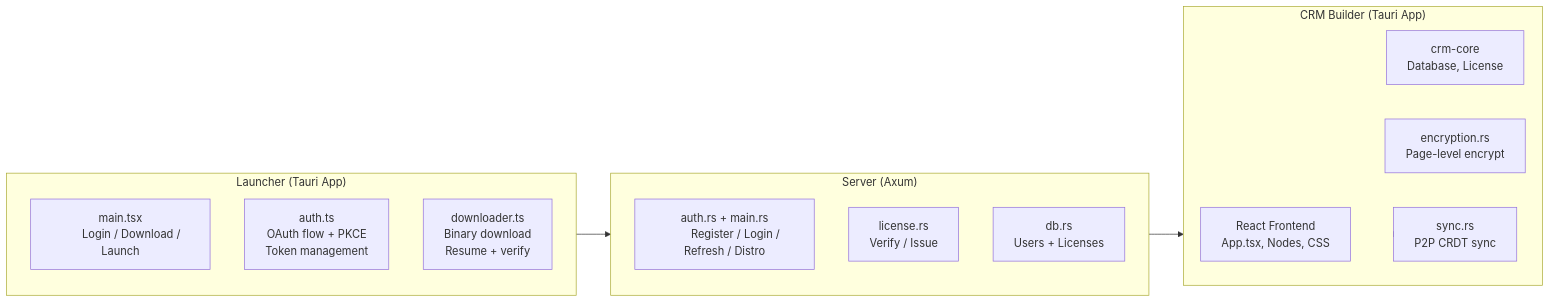
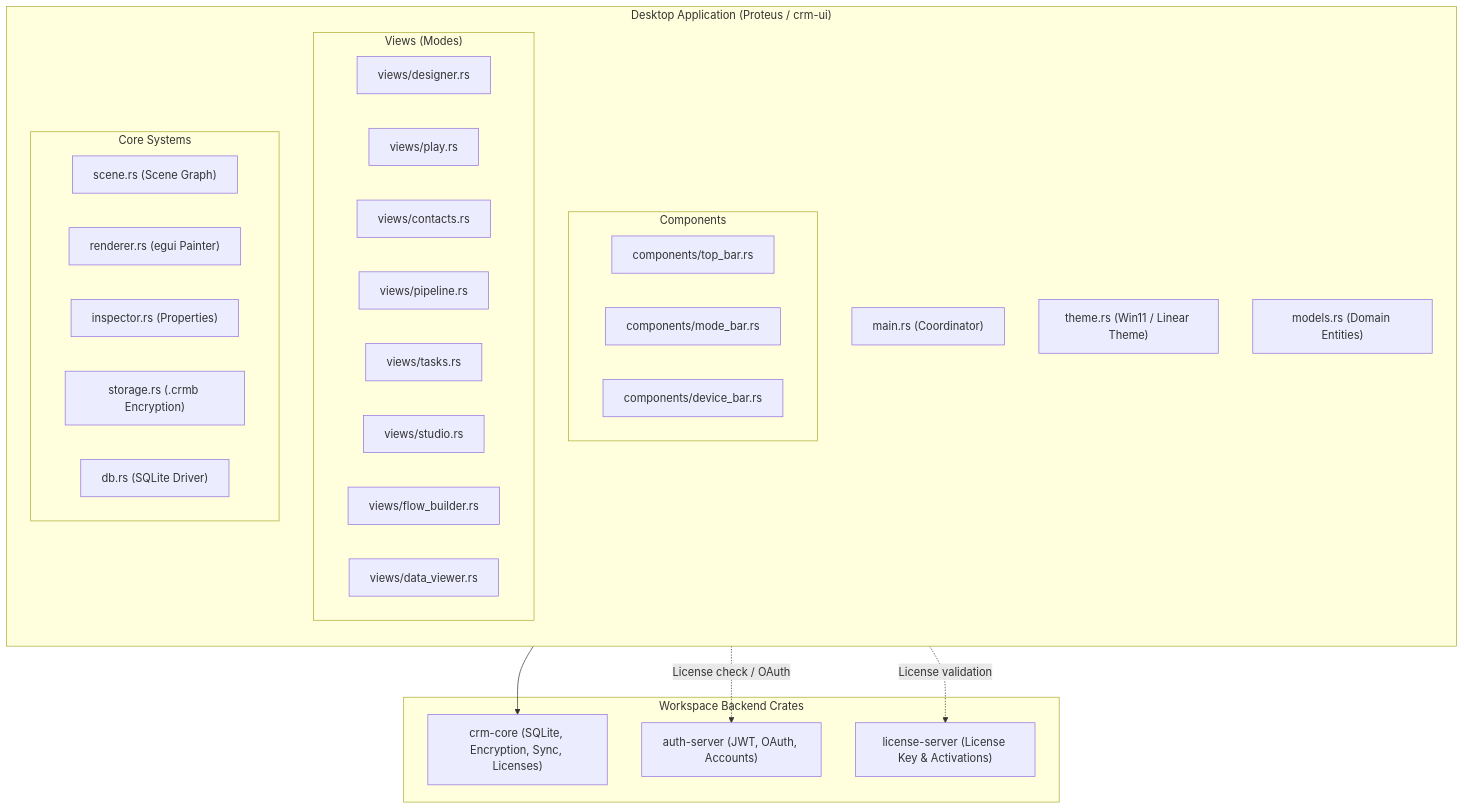
The first of 2 diagrams in vault/Developer/02 - Architecture.md (Siaftoulis/Proteus), drawn with Mermaid before and after one commit. The commit also changed other lines of this file and 41 other files, not shown here.

Commit message:
feat: modularize scene architecture, implement screen linking, cursor zoom and UI refinements

````diff
--- a/vault/Developer/02 - Architecture.md
+++ b/vault/Developer/02 - Architecture.md
@@ -195,37 +17,44 @@
 ```mermaid
-flowchart LR
-    subgraph Launcher["Launcher (Tauri App)"]
-        LMain["main.tsx
-        Login / Download / Launch"]
-        LAuth["auth.ts
-        OAuth flow + PKCE
-        Token management"]
-        LDownload["downloader.ts
-        Binary download
-        Resume + verify"]
+flowchart TB
+    subgraph DesktopApp["Desktop Application (Proteus / crm-ui)"]
+        direction TB
+        Main["main.rs (Coordinator)"]
+        Theme["theme.rs (Win11 / Linear Theme)"]
+        Models["models.rs (Domain Entities)"]
+        
+        subgraph UIComponents["Components"]
+            TopBar["components/top_bar.rs"]
+            ModeBar["components/mode_bar.rs"]
+            DeviceBar["components/device_bar.rs"]
+        end
+        
+        subgraph Views["Views (Modes)"]
+            VDes["views/designer.rs"]
+            VPlay["views/play.rs"]
+            VCon["views/contacts.rs"]
+            VPipe["views/pipeline.rs"]
+            VTask["views/tasks.rs"]
+            VStu["views/studio.rs"]
+            VFlow["views/flow_builder.rs"]
+            VData["views/data_viewer.rs"]
+        end
+        
+        subgraph CoreEngines["Core Systems"]
+            Scene["scene.rs (Scene Graph)"]
+            Renderer["renderer.rs (egui Painter)"]
+            Inspector["inspector.rs (Properties)"]
+            Storage["storage.rs (.crmb Encryption)"]
+            DBLocal["db.rs (SQLite Driver)"]
+        end
     end
 
-    subgraph Server["Server (Axum)"]
-        SAuth["auth.rs + main.rs
-        Register / Login / Refresh / Distro"]
-        SLicense["license.rs
-        Verify / Issue"]
-        SDB["db.rs
-        Users + Licenses"]
+    subgraph BackendCrates["Workspace Backend Crates"]
+        CRMCore["crm-core (SQLite, Encryption, Sync, Licenses)"]
+        AuthServer["auth-server (JWT, OAuth, Accounts)"]
+        LicenseServer["license-server (License Key & Activations)"]
     end
 
-    subgraph App["CRM Builder (Tauri App)"]
-        AReact["React Frontend
-        App.tsx, Nodes, CSS"]
-        ACore["crm-core
-        Database, License"]
-        AEncrypt["encryption.rs
-        Page-level encrypt"]
-        ASync["sync.rs
-        P2P CRDT sync"]
-    end
-
-    Launcher --> Server
-    Server --> App
-    App -.-> ASync
+    DesktopApp --> CRMCore
+    DesktopApp -.->|License check / OAuth| AuthServer
+    DesktopApp -.->|License validation| LicenseServer
 ```
````
